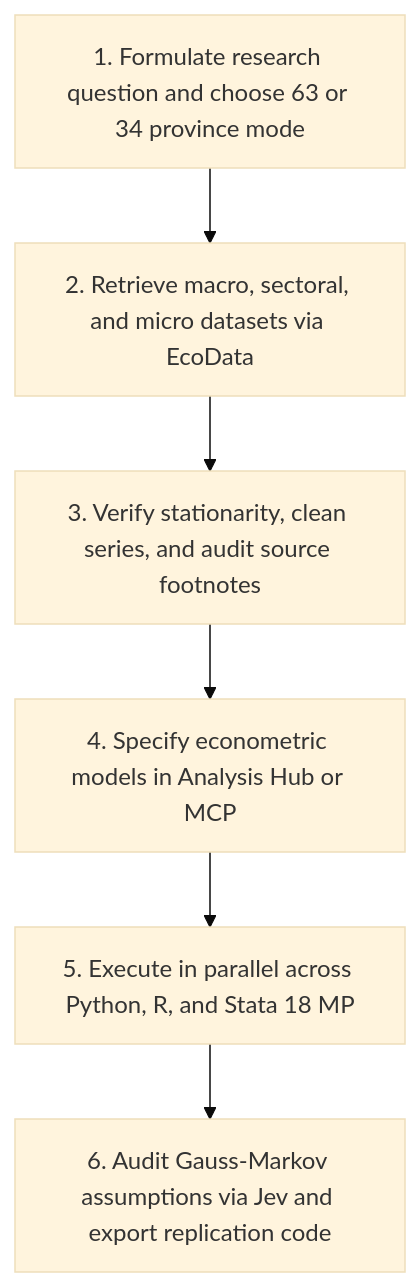
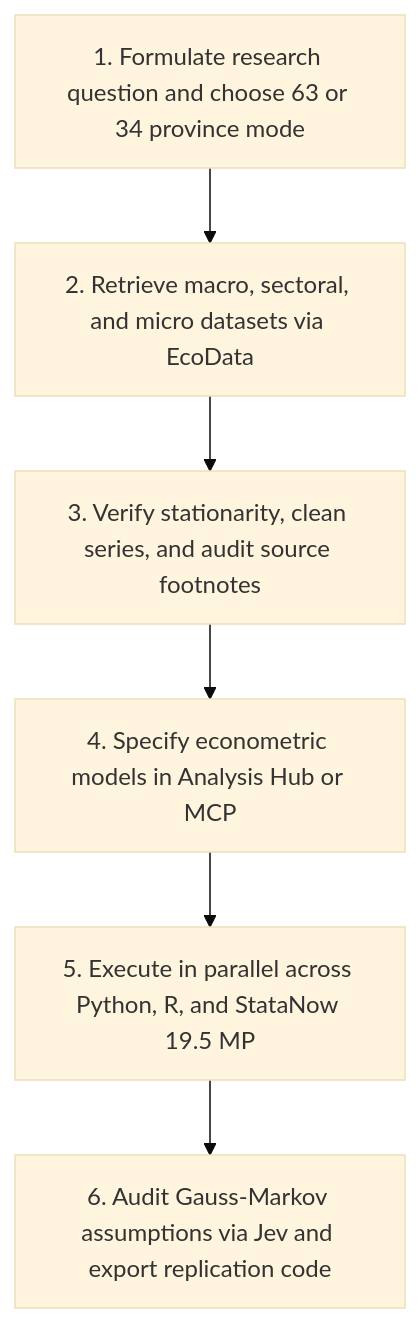
One commit to vietlod/docs changed the diagram in i18n/en/docusaurus-plugin-content-docs/current/ecodata/overview.mdx. Above: the diagram before and after it, drawn with Mermaid (base theme). The commit also changed other lines of this file and 40 other files, not shown here.

Commit message:
docs(aeo,skills): StataNow 19.5 MP 328-model guides, 5-skill copy buttons, and llms.txt

````diff
--- a/i18n/en/docusaurus-plugin-content-docs/current/ecodata/overview.mdx
+++ b/i18n/en/docusaurus-plugin-content-docs/current/ecodata/overview.mdx
@@ -376,8 +376,8 @@
 ```mermaid
 flowchart TD
   A["1. Formulate research question and choose 63 or 34 province mode"] --> B["2. Retrieve macro, sectoral, and micro datasets via EcoData"]
   B --> C["3. Verify stationarity, clean series, and audit source footnotes"]
   C --> D["4. Specify econometric models in Analysis Hub or MCP"]
-  D --> E["5. Execute in parallel across Python, R, and Stata 18 MP"]
+  D --> E["5. Execute in parallel across Python, R, and StataNow 19.5 MP"]
   E --> F["6. Audit Gauss-Markov assumptions via Jev and export replication code"]
 ```
````
